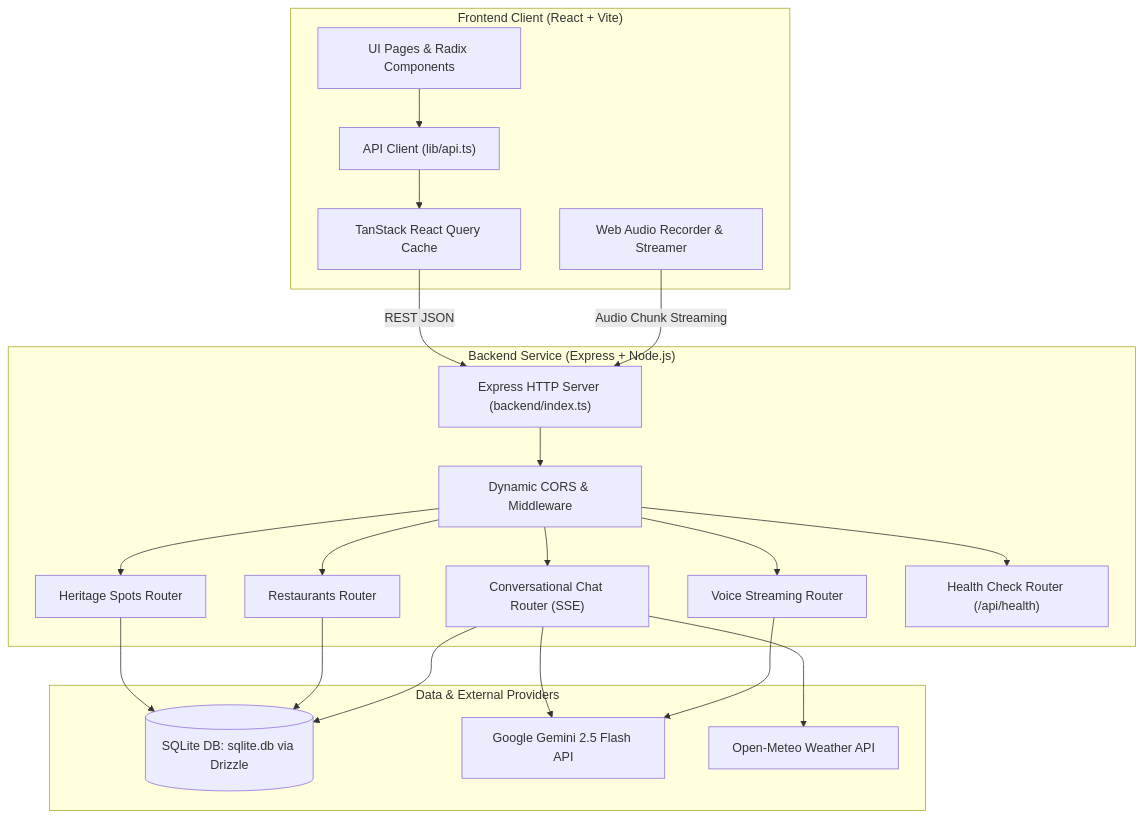
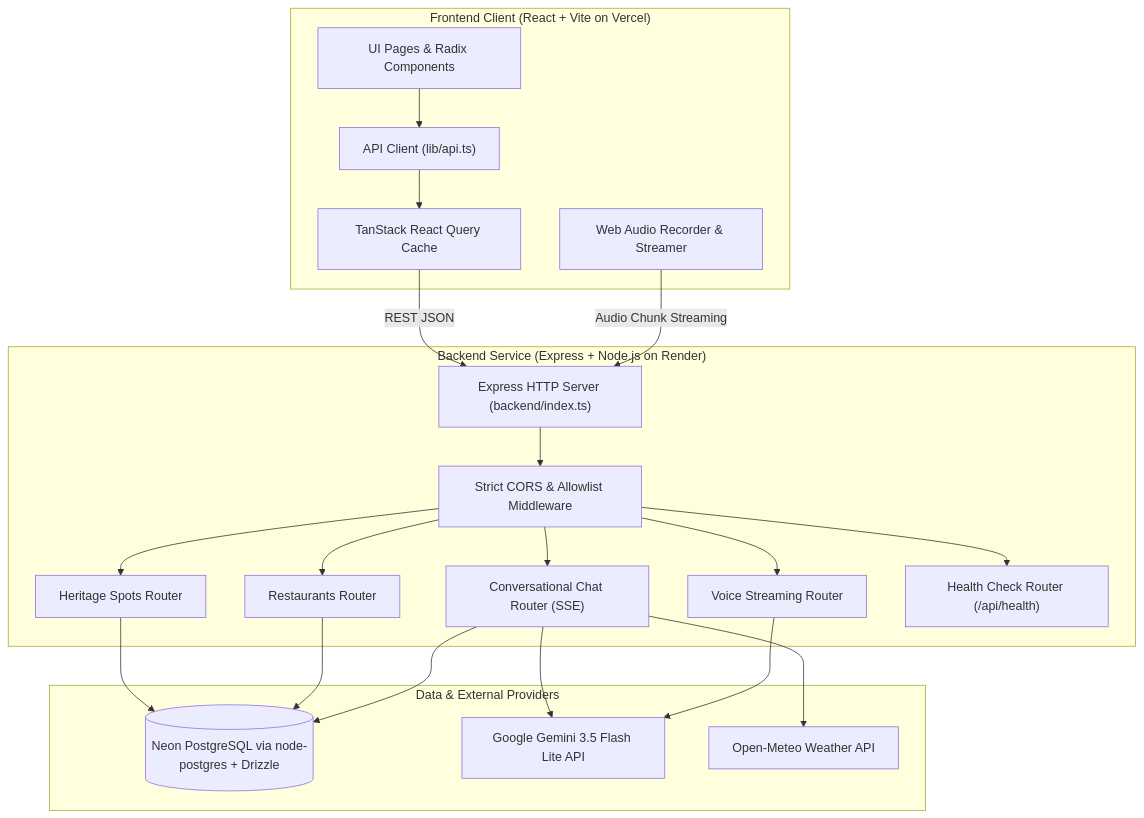
The diagram in docs/architecture.md (dickenbagrecha/NammaMysuru.ai), drawn with Mermaid before and after one commit. The commit also changed other lines of this file and 5 other files, not shown here.

Commit message:
docs: reconcile production PostgreSQL deployment and repository documentation

````diff
--- a/docs/architecture.md
+++ b/docs/architecture.md
@@ -7,44 +7,44 @@
 ```mermaid
 flowchart TB
-    subgraph Browser ["Frontend Client (React + Vite)"]
+    subgraph Browser ["Frontend Client (React + Vite on Vercel)"]
         UI["UI Pages & Radix Components"]
         APIClient["API Client (lib/api.ts)"]
         QueryState["TanStack React Query Cache"]
         AudioRecord["Web Audio Recorder & Streamer"]
     end
 
-    subgraph ServerLayer ["Backend Service (Express + Node.js)"]
+    subgraph ServerLayer ["Backend Service (Express + Node.js on Render)"]
         HTTP["Express HTTP Server (backend/index.ts)"]
-        CORSMW["Dynamic CORS & Middleware"]
+        CORSMW["Strict CORS & Allowlist Middleware"]
         SpotRouter["Heritage Spots Router"]
         RestRouter["Restaurants Router"]
         ChatRouter["Conversational Chat Router (SSE)"]
         AudioRouter["Voice Streaming Router"]
         HealthRouter["Health Check Router (/api/health)"]
     end
 
     subgraph DataIntegrations ["Data & External Providers"]
-        SQLite[(SQLite DB: sqlite.db via Drizzle)]
-        GeminiAI["Google Gemini 2.5 Flash API"]
+        PostgresDB[(Neon PostgreSQL via node-postgres + Drizzle)]
+        GeminiAI["Google Gemini 3.5 Flash Lite API"]
         OpenMeteo["Open-Meteo Weather API"]
     end
 
     UI --> APIClient
     APIClient --> QueryState
     QueryState -->|REST JSON| HTTP
     AudioRecord -->|Audio Chunk Streaming| HTTP
 
     HTTP --> CORSMW
     CORSMW --> SpotRouter
     CORSMW --> RestRouter
     CORSMW --> ChatRouter
     CORSMW --> AudioRouter
     CORSMW --> HealthRouter
 
-    SpotRouter --> SQLite
-    RestRouter --> SQLite
-    ChatRouter --> SQLite
+    SpotRouter --> PostgresDB
+    RestRouter --> PostgresDB
+    ChatRouter --> PostgresDB
     ChatRouter --> GeminiAI
     ChatRouter --> OpenMeteo
     AudioRouter --> GeminiAI
 ```
````
